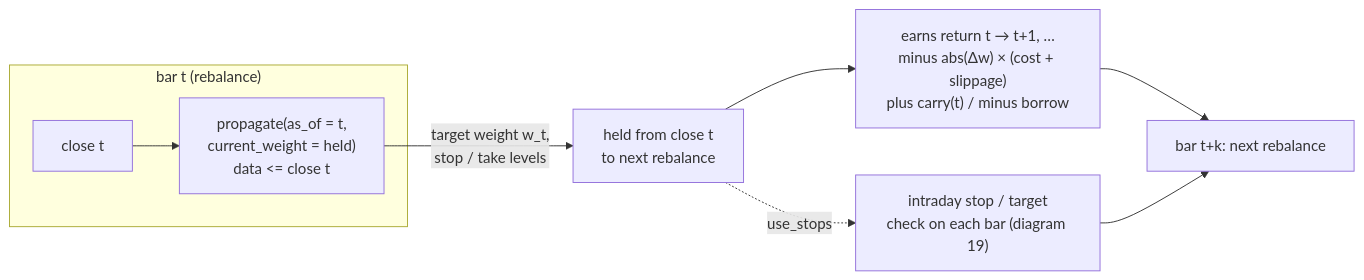
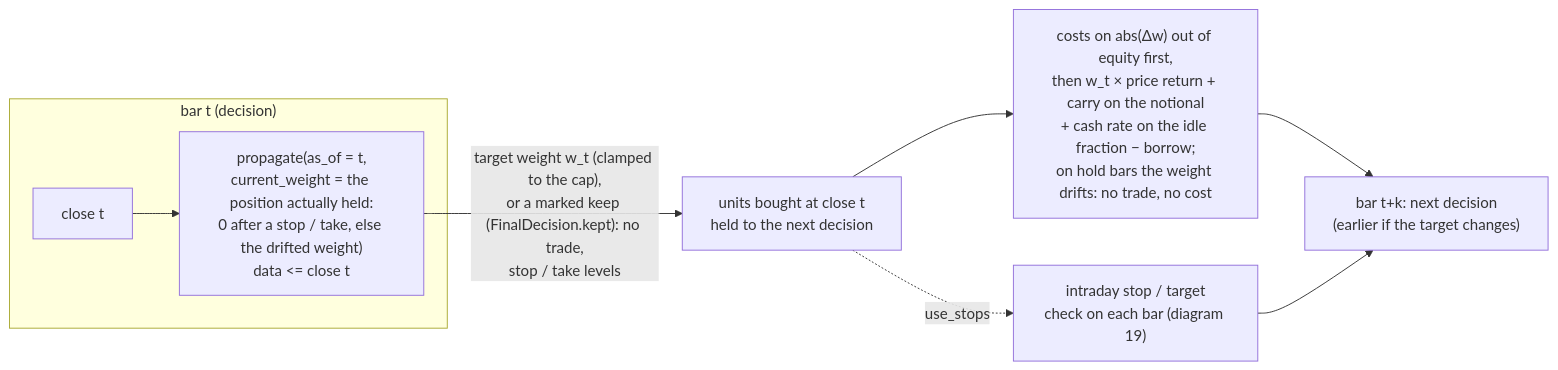
Before and after one commit to AshJha0/agentic-trader: diagram 18 of 30 in docs/DIAGRAMS.md, drawn with Mermaid. The commit also changed other lines of this file and 112 other files, not shown here.

````diff
--- a/docs/DIAGRAMS.md
+++ b/docs/DIAGRAMS.md
@@ -541,11 +550,11 @@
 ```mermaid
 flowchart LR
-    subgraph t0["bar t (rebalance)"]
-        C0[close t] --> DEC["propagate(as_of = t,<br/>current_weight = held)<br/>data <= close t"]
+    subgraph t0["bar t (decision)"]
+        C0[close t] --> DEC["propagate(as_of = t,<br/>current_weight = the position actually held:<br/>0 after a stop / take, else the drifted weight)<br/>data <= close t"]
     end
-    DEC -->|"target weight w_t,<br/>stop / take levels"| H["held from close t<br/>to next rebalance"]
-    H --> R["earns return t → t+1, …<br/>minus abs(Δw) × (cost + slippage)<br/>plus carry(t) / minus borrow"]
+    DEC -->|"target weight w_t (clamped to the cap),<br/>or a marked keep (FinalDecision.kept): no trade,<br/>stop / take levels"| H["units bought at close t<br/>held to the next decision"]
+    H --> R["costs on abs(Δw) out of equity first,<br/>then w_t × price return + carry on the notional<br/>+ cash rate on the idle fraction − borrow;<br/>on hold bars the weight drifts: no trade, no cost"]
     H -.->|"use_stops"| ST["intraday stop / target<br/>check on each bar (diagram 19)"]
-    R --> N["bar t+k: next rebalance"]
+    R --> N["bar t+k: next decision<br/>(earlier if the target changes)"]
     ST --> N
 ```
````
